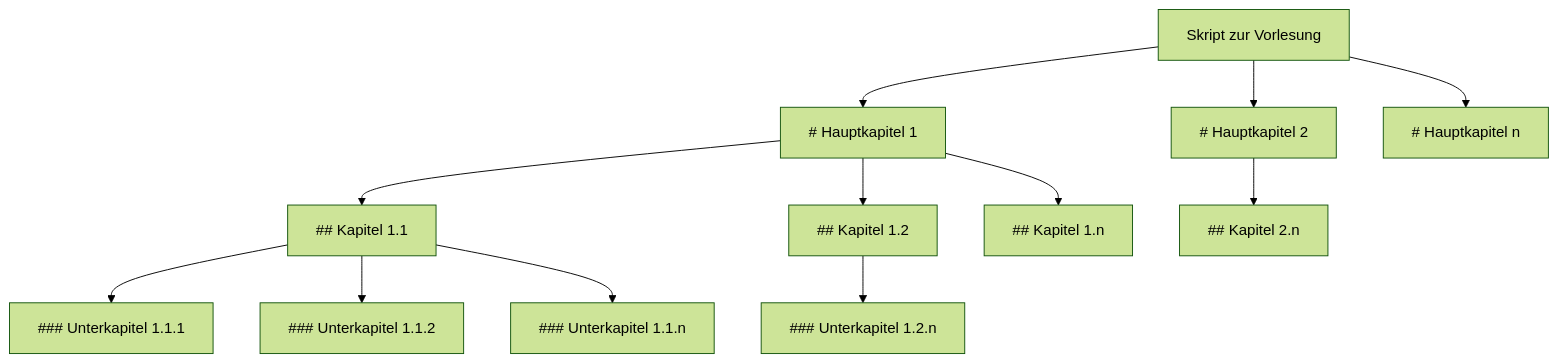
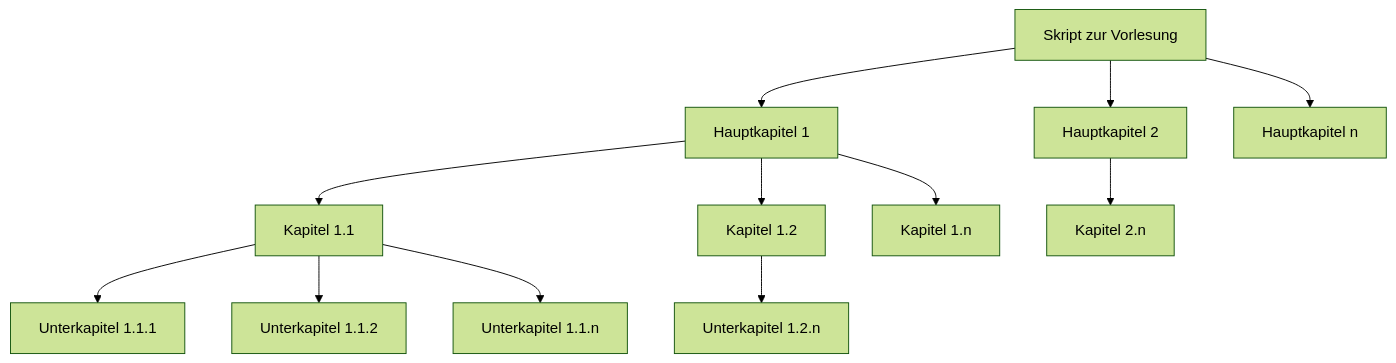
One commit to mrossde/PE1_PE2 changed the seventh of 7 diagrams in Modularisierung_extended.qmd. Above: the diagram before and after it, drawn with Mermaid (forest theme). The commit also changed other lines of this file, not shown here.

Commit message:
typo + mermaid fix

````diff
--- a/Modularisierung_extended.qmd
+++ b/Modularisierung_extended.qmd
@@ -295,17 +295,17 @@
 ```{mermaid}
 %%| fig-width: 6.0
 %%| label: fig-label-hierarchisierung
 %%| fig-cap: "Beispiel für die Hierarchie der einzelnen Quarto-Dokumente (Module) dieses Skripts, gegliedert in drei Hierarchieebenen: Ebene 1: Hauptmodule - Ebene 2: Module - Ebene 3: Submodule"
 flowchart TD
-  id1[Skript zur Vorlesung] --> id2[# Hauptkapitel 1]
-  id1 --> id5[# Hauptkapitel 2]
-  id1 --> id6[# Hauptkapitel n]
-  id2 --> id3[## Kapitel 1.1]
-  id2 --> id7[## Kapitel 1.2]
-  id2 --> id9[## Kapitel 1.n]
-  id3 --> id4[### Unterkapitel 1.1.1]
-  id3 --> id8[### Unterkapitel 1.1.2]
-  id3 --> id10[### Unterkapitel 1.1.n]
-  id5 --> id11[## Kapitel 2.n]
-  id7 --> id12[### Unterkapitel 1.2.n]
+  id1[Skript zur Vorlesung] --> id2[Hauptkapitel 1]
+  id1 --> id5[Hauptkapitel 2]
+  id1 --> id6[Hauptkapitel n]
+  id2 --> id3[Kapitel 1.1]
+  id2 --> id7[Kapitel 1.2]
+  id2 --> id9[Kapitel 1.n]
+  id3 --> id4[Unterkapitel 1.1.1]
+  id3 --> id8[Unterkapitel 1.1.2]
+  id3 --> id10[Unterkapitel 1.1.n]
+  id5 --> id11[Kapitel 2.n]
+  id7 --> id12[Unterkapitel 1.2.n]
  ```
````
